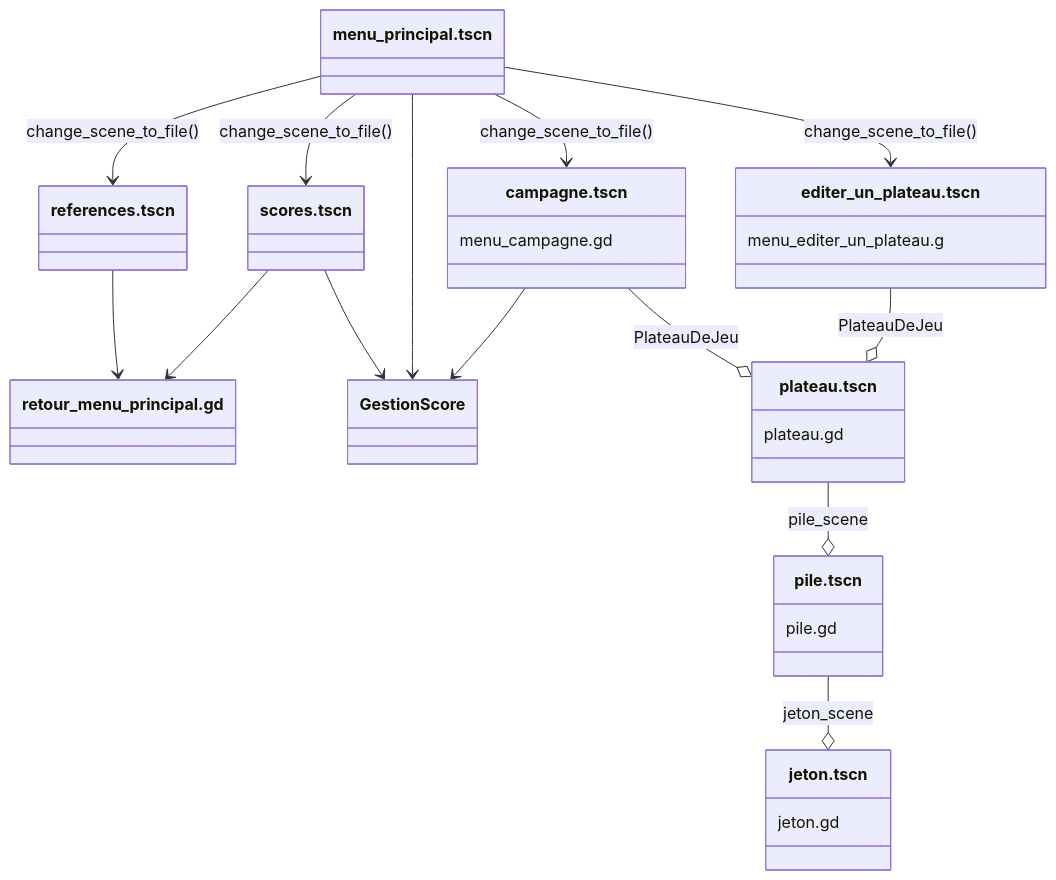
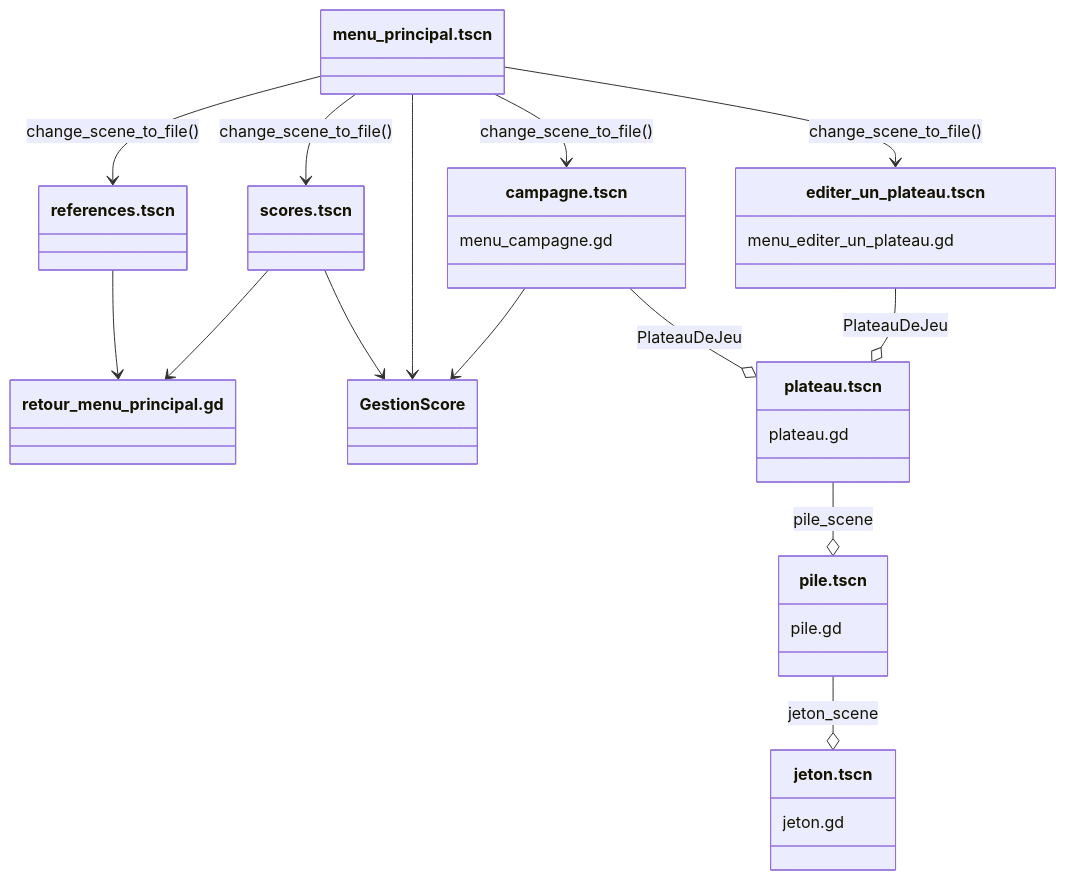
One commit to leguims/godot-color-sort-for-anna changed the diagram in docs/Godot-Color-Sort-For-Anna.md. Above: the diagram before and after it, drawn with Mermaid.

Commit message:
Correction document.

````diff
--- a/docs/Godot-Color-Sort-For-Anna.md
+++ b/docs/Godot-Color-Sort-For-Anna.md
@@ -9,37 +9,37 @@
 ```mermaid
 classDiagram
 menu_principal.tscn --> references.tscn : change_scene_to_file()
 menu_principal.tscn --> scores.tscn : change_scene_to_file()
 menu_principal.tscn --> GestionScore
 menu_principal.tscn --> campagne.tscn : change_scene_to_file()
 menu_principal.tscn --> editer_un_plateau.tscn : change_scene_to_file()
 
 class campagne.tscn {
     menu_campagne.gd
 }
 campagne.tscn --> GestionScore
 campagne.tscn --o plateau.tscn : PlateauDeJeu
 
 class editer_un_plateau.tscn {
-    menu_editer_un_plateau.g
+    menu_editer_un_plateau.gd
 }
 editer_un_plateau.tscn --o plateau.tscn : PlateauDeJeu
 
 references.tscn --> retour_menu_principal.gd
 scores.tscn --> retour_menu_principal.gd
 scores.tscn --> GestionScore
 
 class plateau.tscn {
     plateau.gd
 }
 plateau.tscn --o pile.tscn : pile_scene
 
 class pile.tscn {
     pile.gd
 }
 pile.tscn --o jeton.tscn : jeton_scene
 
 class jeton.tscn {
     jeton.gd
 }
 ```
````
